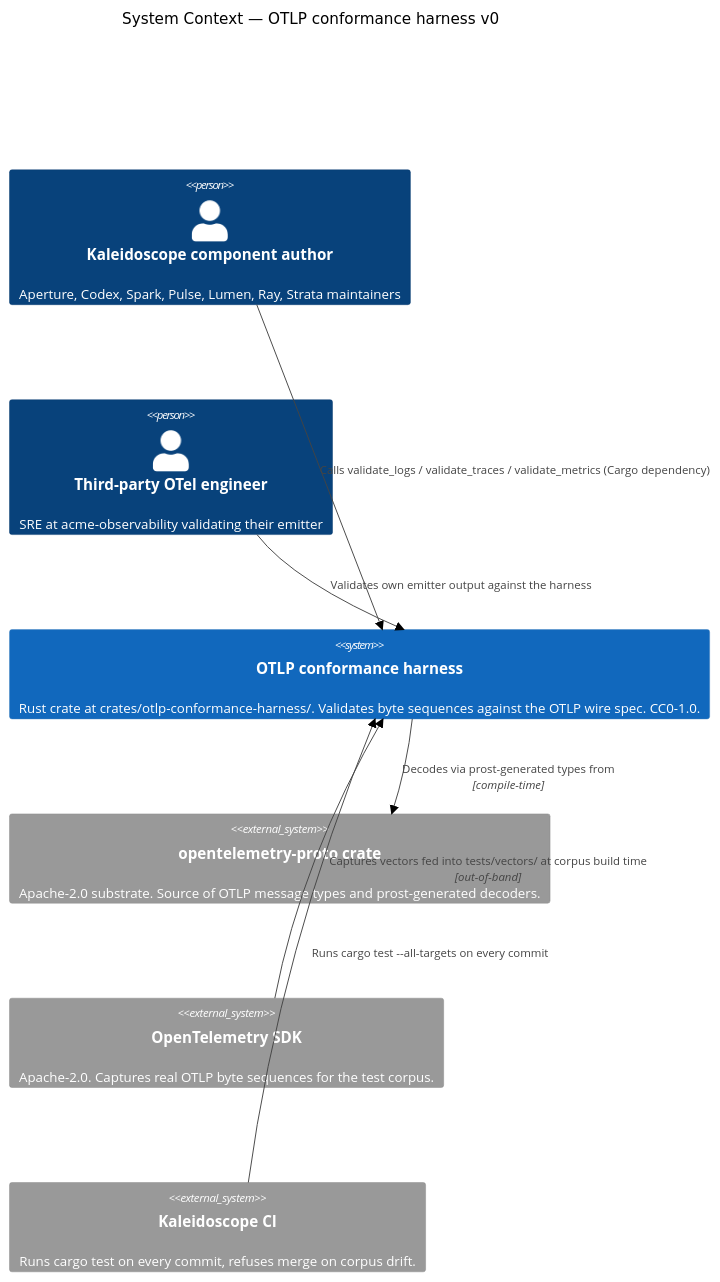
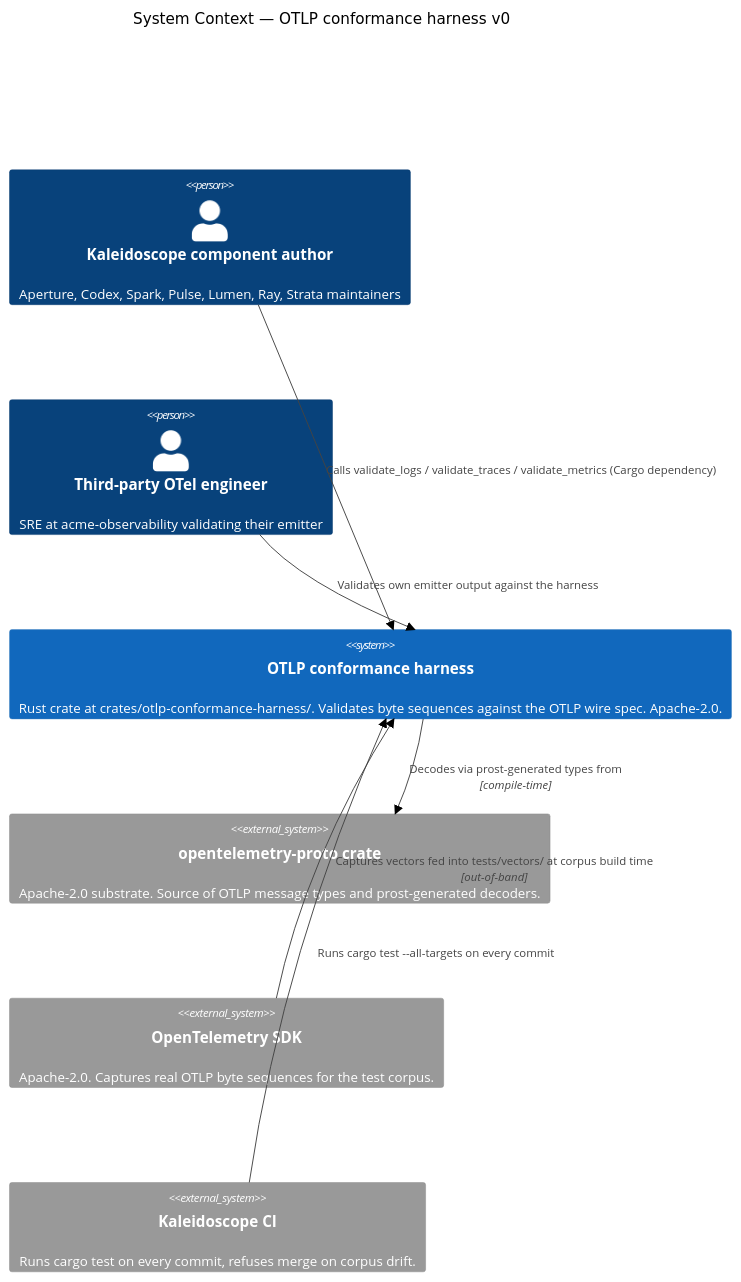
The first of 2 diagrams in docs/product/architecture/brief.md (andrealaforgia/kaleidoscope), drawn with Mermaid (neutral theme) before and after one commit. The commit also changed other lines of this file and 1 other file, not shown here.

````diff
--- a/docs/product/architecture/brief.md
+++ b/docs/product/architecture/brief.md
@@ -187,16 +187,16 @@
 ```mermaid
 C4Context
   title System Context — OTLP conformance harness v0
   Person(component_author, "Kaleidoscope component author", "Aperture, Codex, Spark, Pulse, Lumen, Ray, Strata maintainers")
   Person(third_party, "Third-party OTel engineer", "SRE at acme-observability validating their emitter")
-  System(harness, "OTLP conformance harness", "Rust crate at crates/otlp-conformance-harness/. Validates byte sequences against the OTLP wire spec. CC0-1.0.")
+  System(harness, "OTLP conformance harness", "Rust crate at crates/otlp-conformance-harness/. Validates byte sequences against the OTLP wire spec. Apache-2.0.")
   System_Ext(otel_proto, "opentelemetry-proto crate", "Apache-2.0 substrate. Source of OTLP message types and prost-generated decoders.")
   System_Ext(otel_sdk, "OpenTelemetry SDK", "Apache-2.0. Captures real OTLP byte sequences for the test corpus.")
   System_Ext(ci, "Kaleidoscope CI", "Runs cargo test on every commit, refuses merge on corpus drift.")
 
   Rel(component_author, harness, "Calls validate_logs / validate_traces / validate_metrics (Cargo dependency)")
   Rel(third_party, harness, "Validates own emitter output against the harness")
   Rel(harness, otel_proto, "Decodes via prost-generated types from", "compile-time")
   Rel(otel_sdk, harness, "Captures vectors fed into tests/vectors/ at corpus build time", "out-of-band")
   Rel(ci, harness, "Runs cargo test --all-targets on every commit")
 ```
````
